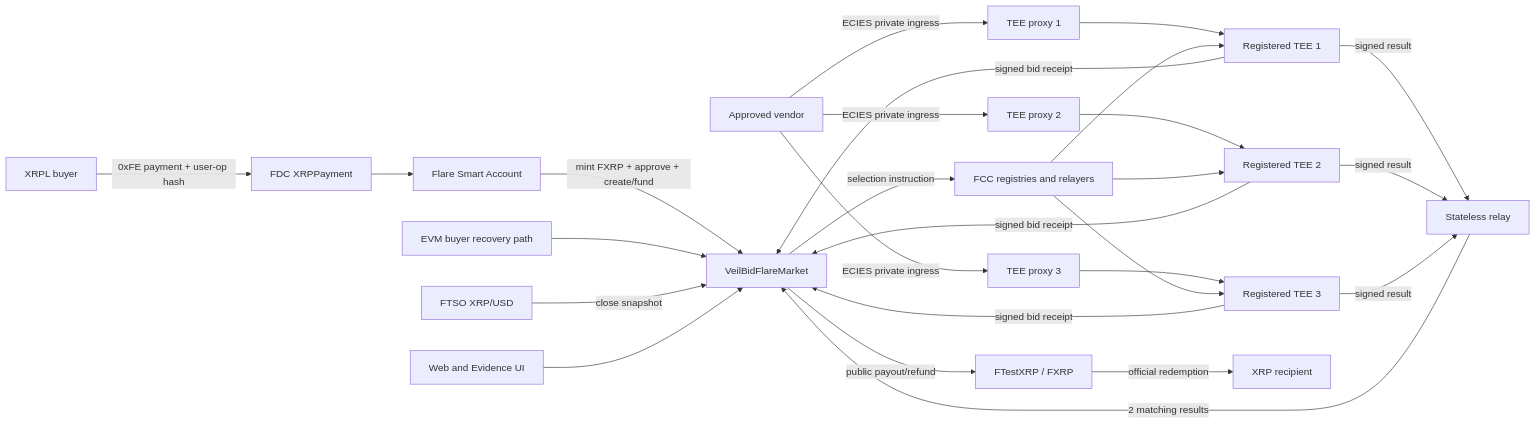
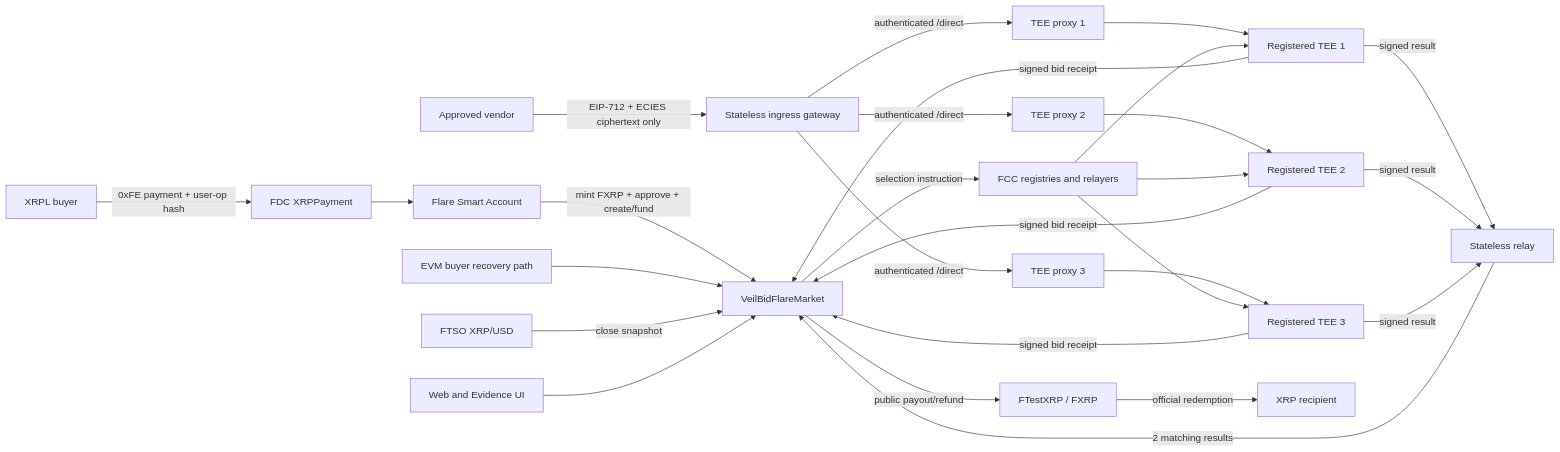
One commit to huutrungle2001/flare-quorum changed the first of 2 diagrams in docs/architecture.md. Above: the diagram before and after it, drawn with Mermaid. The commit also changed other lines of this file and 15 other files, not shown here.

Commit message:
feat: add verified ciphertext-only FCC ingress

````diff
--- a/docs/architecture.md
+++ b/docs/architecture.md
@@ -19,33 +19,34 @@
 ```mermaid
 flowchart LR
     XRPL[XRPL buyer] -->|0xFE payment + user-op hash| FDC[FDC XRPPayment]
     FDC --> SA[Flare Smart Account]
     SA -->|mint FXRP + approve + create/fund| Market[VeilBidFlareMarket]
 
     EVM[EVM buyer recovery path] --> Market
-    Vendor[Approved vendor] -->|ECIES private ingress| P1[TEE proxy 1]
-    Vendor -->|ECIES private ingress| P2[TEE proxy 2]
-    Vendor -->|ECIES private ingress| P3[TEE proxy 3]
+    Vendor[Approved vendor] -->|EIP-712 + ECIES ciphertext only| Ingress[Stateless ingress gateway]
+    Ingress -->|authenticated /direct| P1[TEE proxy 1]
+    Ingress -->|authenticated /direct| P2[TEE proxy 2]
+    Ingress -->|authenticated /direct| P3[TEE proxy 3]
 
     P1 --> T1[Registered TEE 1]
     P2 --> T2[Registered TEE 2]
     P3 --> T3[Registered TEE 3]
     T1 -->|signed bid receipt| Market
     T2 -->|signed bid receipt| Market
     T3 -->|signed bid receipt| Market
 
     FTSO[FTSO XRP/USD] -->|close snapshot| Market
     Market -->|selection instruction| FCC[FCC registries and relayers]
     FCC --> T1
     FCC --> T2
     FCC --> T3
 
     T1 -->|signed result| Relay[Stateless relay]
     T2 -->|signed result| Relay
     T3 -->|signed result| Relay
     Relay -->|2 matching results| Market
 
     Market -->|public payout/refund| FXRP[FTestXRP / FXRP]
     FXRP -->|official redemption| XRP[XRP recipient]
     Web[Web and Evidence UI] --> Market
 ```
````
